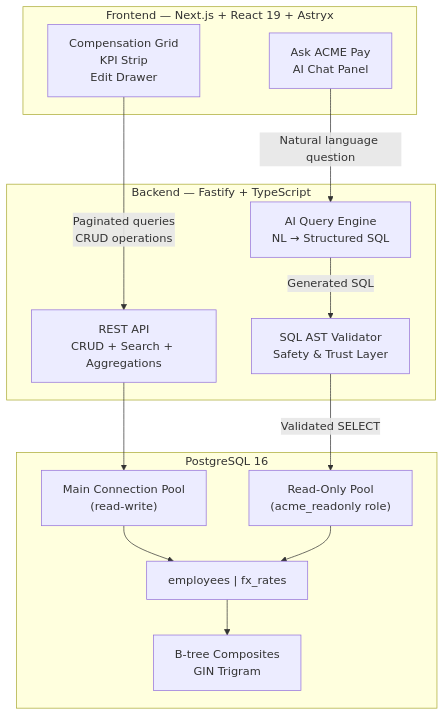
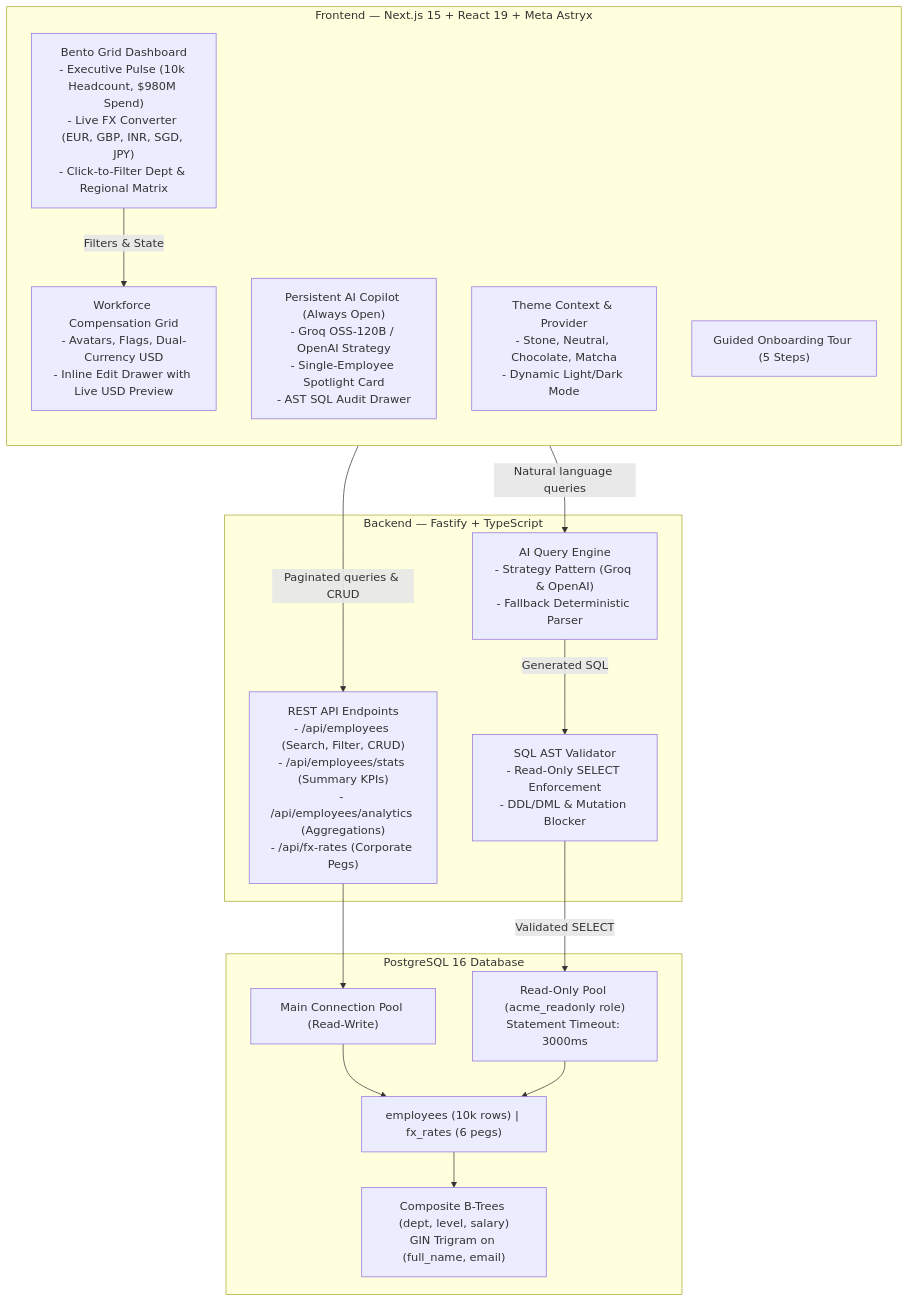
One commit to kiransbaliga/Incubyte-task changed the first of 7 diagrams in docs/ARCHITECTURE.md. Above: the diagram before and after it, drawn with Mermaid. The commit also changed other lines of this file and 2 other files, not shown here.

Commit message:
docs: add ADR-005, update architecture diagrams, and refresh README for Bento grid and AI Copilot

````diff
--- a/docs/ARCHITECTURE.md
+++ b/docs/ARCHITECTURE.md
@@ -13,29 +13,34 @@
 ```mermaid
 flowchart TD
-    subgraph Frontend["Frontend — Next.js + React 19 + Astryx"]
-        UI["Compensation Grid<br/>KPI Strip<br/>Edit Drawer"]
-        AI_Chat["Ask ACME Pay<br/>AI Chat Panel"]
+    subgraph Frontend["Frontend — Next.js 15 + React 19 + Meta Astryx"]
+        direction TB
+        Bento["Bento Grid Dashboard<br/>- Executive Pulse (10k Headcount, $980M Spend)<br/>- Live FX Converter (EUR, GBP, INR, SGD, JPY)<br/>- Click-to-Filter Dept & Regional Matrix"]
+        Grid["Workforce Compensation Grid<br/>- Avatars, Flags, Dual-Currency USD<br/>- Inline Edit Drawer with Live USD Preview"]
+        AI_Side["Persistent AI Copilot (Always Open)<br/>- Groq OSS-120B / OpenAI Strategy<br/>- Single-Employee Spotlight Card<br/>- AST SQL Audit Drawer"]
+        Theme["Theme Context & Provider<br/>- Stone, Neutral, Chocolate, Matcha<br/>- Dynamic Light/Dark Mode"]
+        Tour["Guided Onboarding Tour (5 Steps)"]
     end
 
     subgraph Backend["Backend — Fastify + TypeScript"]
-        API["REST API<br/>CRUD + Search + Aggregations"]
-        AI_Engine["AI Query Engine<br/>NL → Structured SQL"]
-        Validator["SQL AST Validator<br/>Safety & Trust Layer"]
+        API["REST API Endpoints<br/>- /api/employees (Search, Filter, CRUD)<br/>- /api/employees/stats (Summary KPIs)<br/>- /api/employees/analytics (Aggregations)<br/>- /api/fx-rates (Corporate Pegs)"]
+        AI_Engine["AI Query Engine<br/>- Strategy Pattern (Groq & OpenAI)<br/>- Fallback Deterministic Parser"]
+        Validator["SQL AST Validator<br/>- Read-Only SELECT Enforcement<br/>- DDL/DML & Mutation Blocker"]
     end
 
-    subgraph Database["PostgreSQL 16"]
-        DB_Main["Main Connection Pool<br/>(read-write)"]
-        DB_RO["Read-Only Pool<br/>(acme_readonly role)"]
-        Tables["employees | fx_rates"]
-        Indexes["B-tree Composites<br/>GIN Trigram"]
+    subgraph Database["PostgreSQL 16 Database"]
+        DB_Main["Main Connection Pool (Read-Write)"]
+        DB_RO["Read-Only Pool (acme_readonly role)<br/>Statement Timeout: 3000ms"]
+        Tables["employees (10k rows) | fx_rates (6 pegs)"]
+        Indexes["Composite B-Trees (dept, level, salary)<br/>GIN Trigram on (full_name, email)"]
     end
 
-    UI -->|"Paginated queries<br/>CRUD operations"| API
-    AI_Chat -->|"Natural language question"| AI_Engine
+    Bento -->|"Filters & State"| Grid
+    Grid -->|"Paginated queries & CRUD"| API
+    AI_Side -->|"Natural language queries"| AI_Engine
     AI_Engine -->|"Generated SQL"| Validator
     Validator -->|"Validated SELECT"| DB_RO
     API --> DB_Main
     DB_Main --> Tables
     DB_RO --> Tables
     Tables --> Indexes
 ```
````
